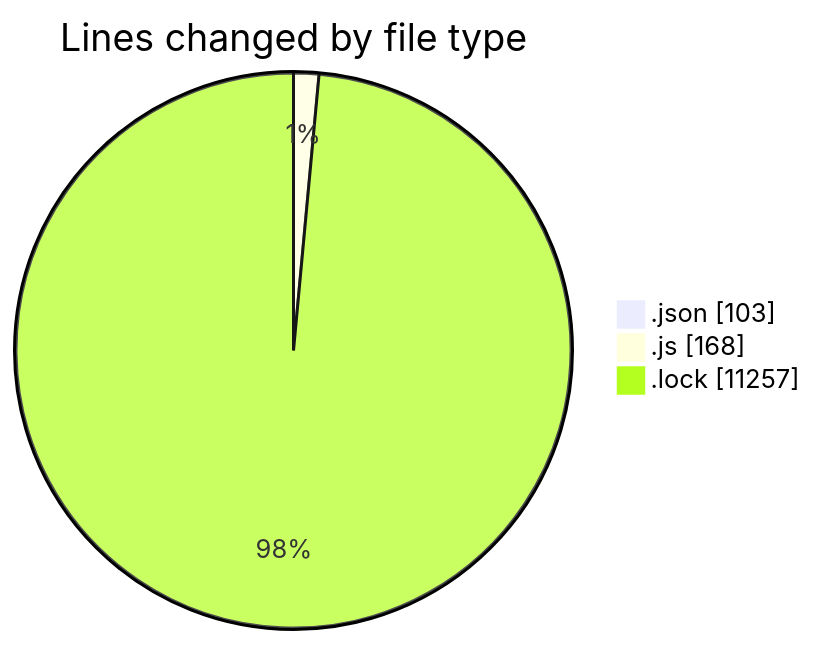
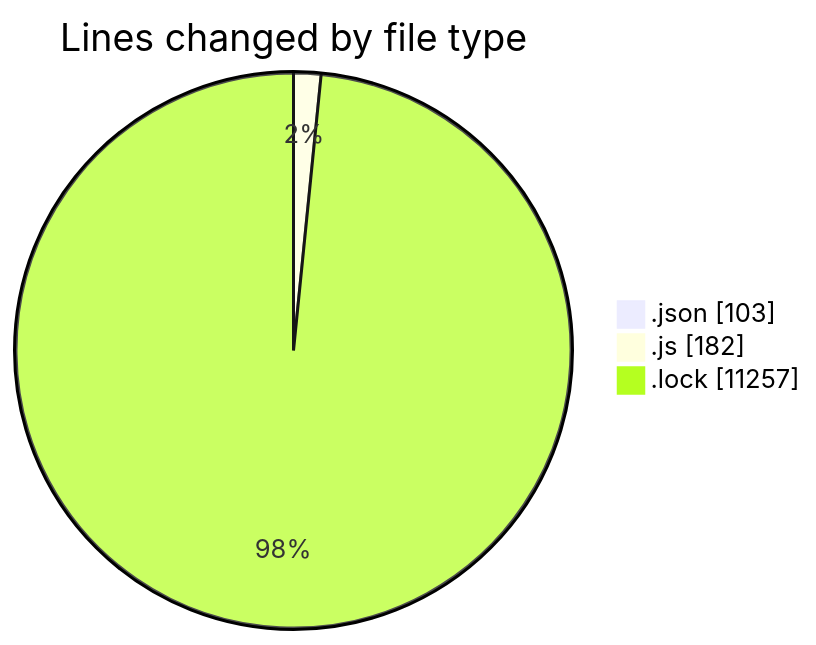
Before and after one commit to momahboobian/code-tracking: the first of 2 diagrams in 2026-01-06/cda/README.md, drawn with Mermaid. The commit also changed other lines of this file and 1 other file, not shown here.

````diff
--- a/2026-01-06/cda/README.md
+++ b/2026-01-06/cda/README.md
@@ -25,7 +26,7 @@
 ```mermaid
 pie showData
 title Lines changed by file type
 ".json" : 103
-".js" : 168
+".js" : 182
 ".lock" : 11257
 ```
````
